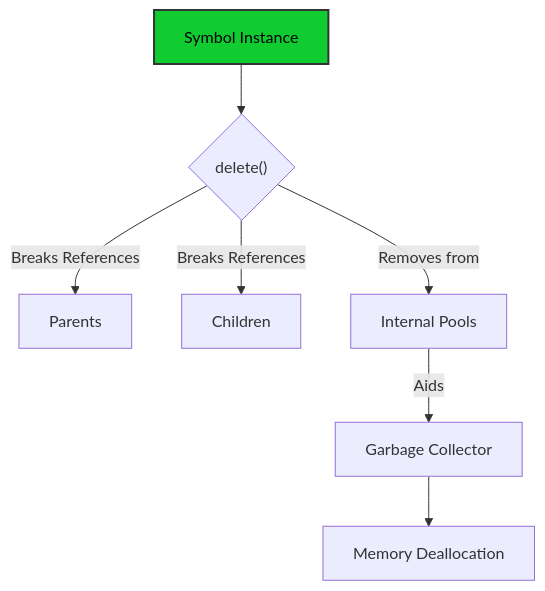
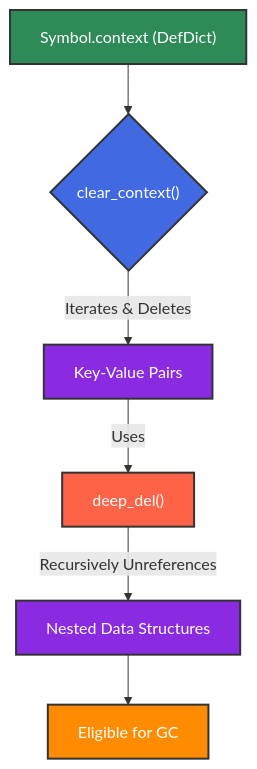
Before and after one commit to ikko/sym: the first of 2 diagrams in docs/readme_details/10_memory_awareness/index.md, drawn with Mermaid. The commit also changed other lines of this file and 13 other files, not shown here.

````diff
--- a/docs/readme_details/10_memory_awareness/index.md
+++ b/docs/readme_details/10_memory_awareness/index.md
@@ -47,13 +47,15 @@
 ```mermaid
 graph TD
-    A[Symbol Instance] --> B{delete&#40&#41};
-    B -- "Breaks References" --> C[Parents];
-    B -- "Breaks References" --> D[Children];
-    B -- "Removes from" --> E[Internal Pools];
-    E -- "Aids" --> F[Garbage Collector];
-    F --> G[Memory Deallocation];
+    A[Symbol.context &#40DefDict&#41] --> B{clear_context&#40&#41};
+    B -- "Iterates & Deletes" --> C[Key-Value Pairs];
+    C -- "Uses" --> D[deep_del&#40&#41];
+    D -- "Recursively Unreferences" --> E[Nested Data Structures];
+    E --> F[Eligible for GC];
 
-    style A fill:#10cc31,stroke:#333,stroke-width:2px,color:#000000;
-
-    style A fill:#10cc31,stroke:#333,stroke-width:2px,color:#000000;
+    style A fill:#2E8B57,stroke:#333,stroke-width:2px,color:#FFFFFF;
+    style B fill:#4169E1,stroke:#333,stroke-width:2px,color:#FFFFFF;
+    style C fill:#8A2BE2,stroke:#333,stroke-width:2px,color:#FFFFFF;
+    style D fill:#FF6347,stroke:#333,stroke-width:2px,color:#FFFFFF;
+    style E fill:#8A2BE2,stroke:#333,stroke-width:2px,color:#FFFFFF;
+    style F fill:#FF8C00,stroke:#333,stroke-width:2px,color:#FFFFFF;
 ```
````
